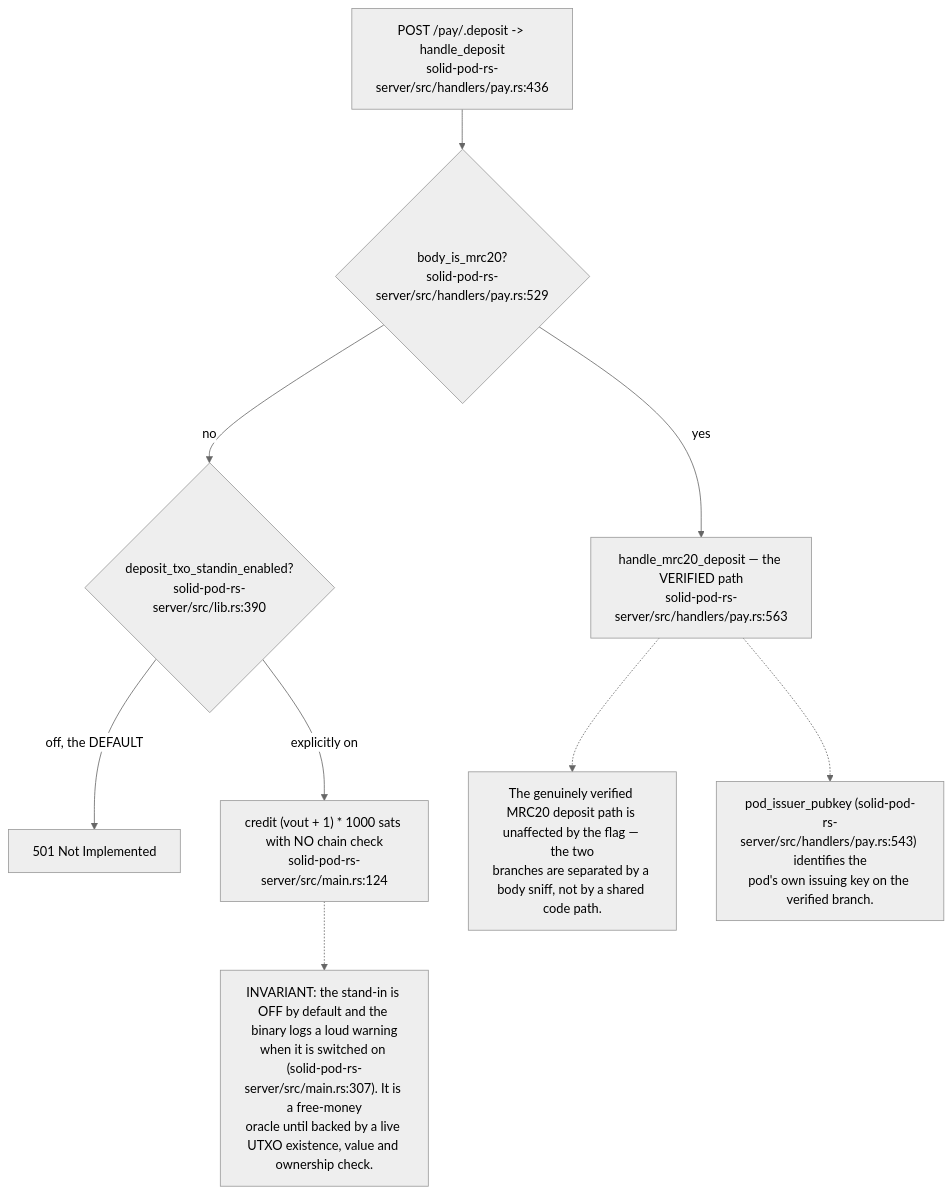
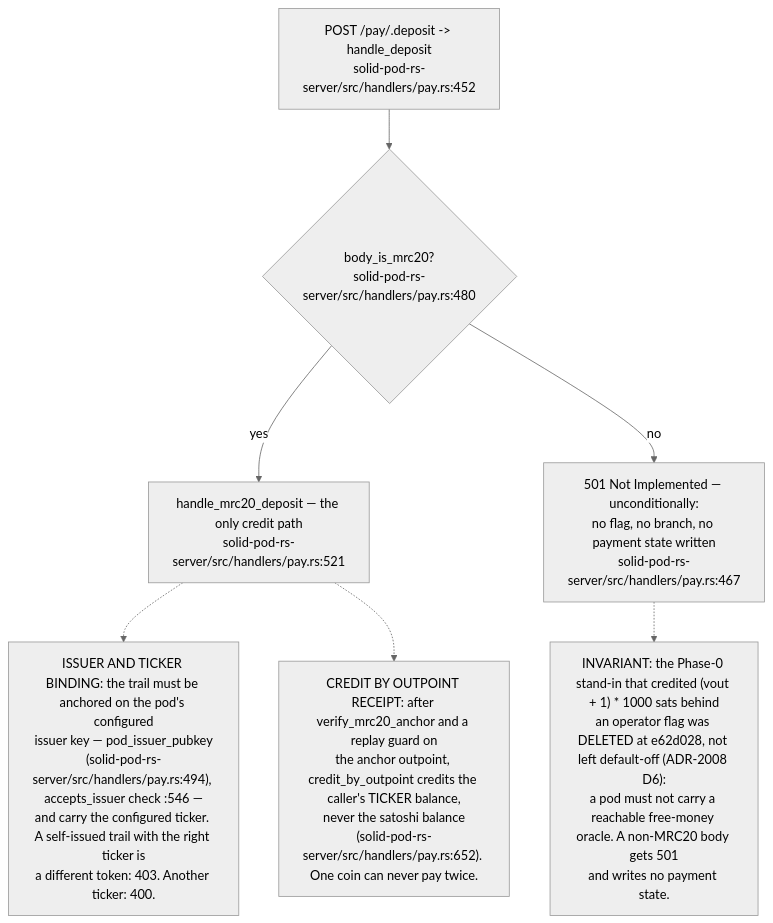
Diagram 16 of 17 in docs/diagrams/solid-pod-rs/07-provenance-and-payments.md (DreamLab-AI/VisionFlow), drawn with Mermaid (neutral theme) before and after one commit. The commit also changed other lines of this file and 111 other files, not shown here.

Commit message:
docs(diagrams): align estate maps with current source

````diff
--- a/docs/diagrams/solid-pod-rs/07-provenance-and-payments.md
+++ b/docs/diagrams/solid-pod-rs/07-provenance-and-payments.md
@@ -474,22 +479,18 @@
 ```mermaid
 flowchart TD
-    IN["POST /pay/.deposit -> handle_deposit<br/>solid-pod-rs-server/src/handlers/pay.rs:436"]
-    SNIFF{"body_is_mrc20?<br/>solid-pod-rs-server/src/handlers/pay.rs:529"}
-    MRC["handle_mrc20_deposit — the VERIFIED path<br/>solid-pod-rs-server/src/handlers/pay.rs:563"]
-    FLAG{"deposit_txo_standin_enabled?<br/>solid-pod-rs-server/src/lib.rs:390"}
-    R501["501 Not Implemented"]
-    STAND["credit (vout + 1) * 1000 sats with NO chain check<br/>solid-pod-rs-server/src/main.rs:124"]
+    IN["POST /pay/.deposit -> handle_deposit<br/>solid-pod-rs-server/src/handlers/pay.rs:452"]
+    SNIFF{"body_is_mrc20?<br/>solid-pod-rs-server/src/handlers/pay.rs:480"}
+    MRC["handle_mrc20_deposit — the only credit path<br/>solid-pod-rs-server/src/handlers/pay.rs:521"]
+    R501["501 Not Implemented — unconditionally:<br/>no flag, no branch, no payment state written<br/>solid-pod-rs-server/src/handlers/pay.rs:467"]
 
     IN --> SNIFF
     SNIFF -- yes --> MRC
-    SNIFF -- no --> FLAG
-    FLAG -- off, the DEFAULT --> R501
-    FLAG -- explicitly on --> STAND
+    SNIFF -- no --> R501
 
-    N["INVARIANT: the stand-in is OFF by default and the binary logs a loud warning<br/>when it is switched on (solid-pod-rs-server/src/main.rs:307). It is a free-money<br/>oracle until backed by a live UTXO existence, value and ownership check."]
-    STAND -.-> N
-    N2["The genuinely verified MRC20 deposit path is unaffected by the flag — the two<br/>branches are separated by a body sniff, not by a shared code path."]
+    N["INVARIANT: the Phase-0 stand-in that credited (vout + 1) * 1000 sats behind<br/>an operator flag was DELETED at e62d028, not left default-off (ADR-2008 D6):<br/>a pod must not carry a reachable free-money oracle. A non-MRC20 body gets 501<br/>and writes no payment state."]
+    R501 -.-> N
+    N2["ISSUER AND TICKER BINDING: the trail must be anchored on the pod's configured<br/>issuer key — pod_issuer_pubkey<br/>(solid-pod-rs-server/src/handlers/pay.rs:494), accepts_issuer check :546 —<br/>and carry the configured ticker. A self-issued trail with the right ticker is<br/>a different token: 403. Another ticker: 400."]
     MRC -.-> N2
-    N3["pod_issuer_pubkey (solid-pod-rs-server/src/handlers/pay.rs:543) identifies the<br/>pod's own issuing key on the verified branch."]
+    N3["CREDIT BY OUTPOINT RECEIPT: after verify_mrc20_anchor and a replay guard on<br/>the anchor outpoint, credit_by_outpoint credits the caller's TICKER balance,<br/>never the satoshi balance<br/>(solid-pod-rs-server/src/handlers/pay.rs:652). One coin can never pay twice."]
     MRC -.-> N3
 ```
````
